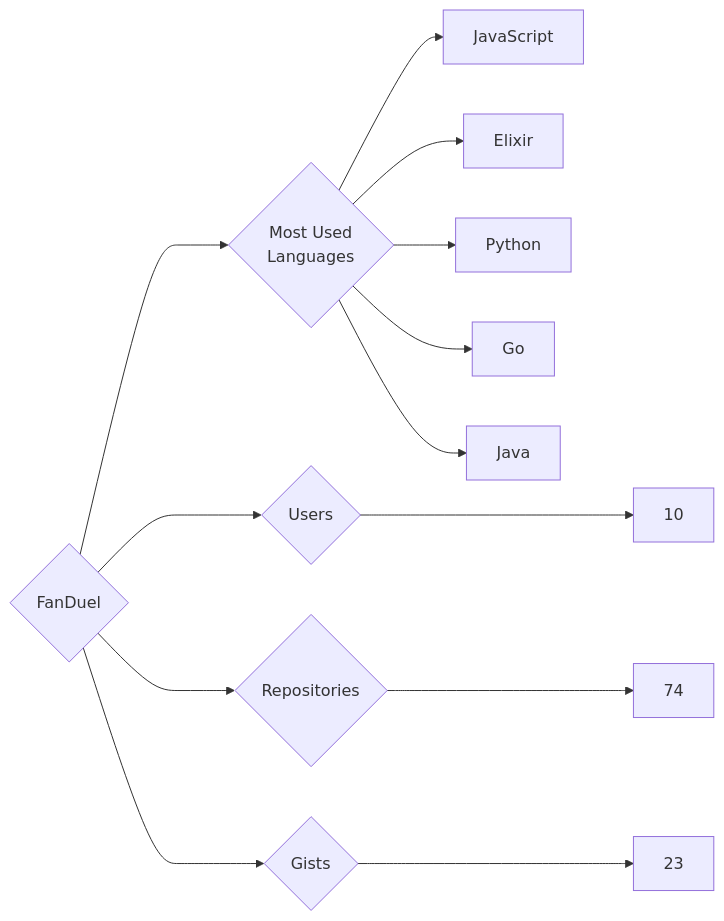
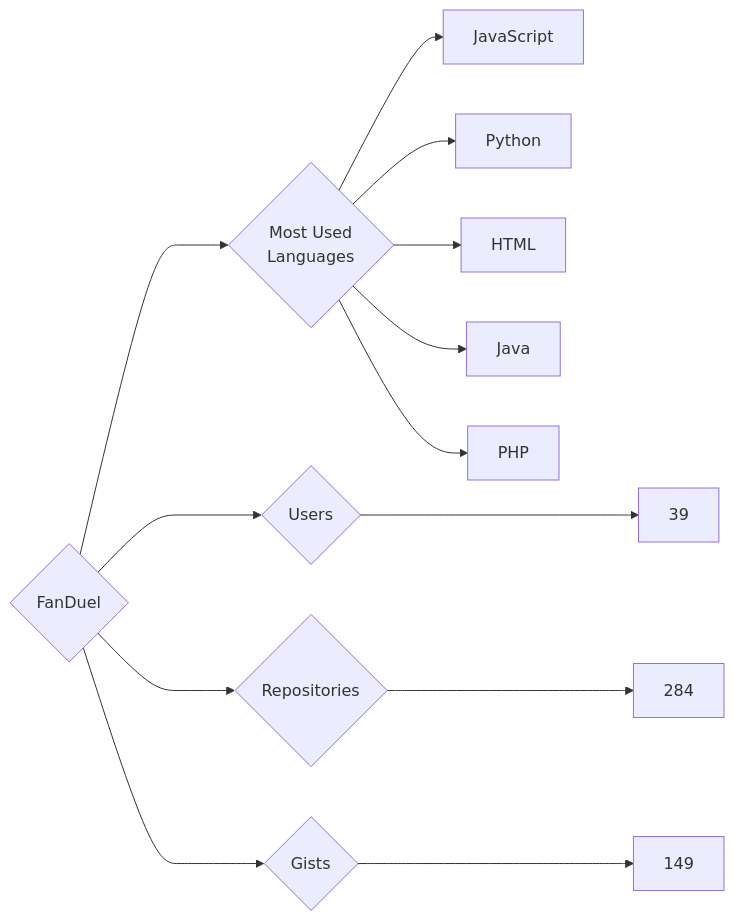
Before and after one commit to trickest/insiders: the diagram in targets/FanDuel/README.md, drawn with Mermaid. The commit also changed 873 other files, not shown here.

````diff
--- a/targets/FanDuel/README.md
+++ b/targets/FanDuel/README.md
@@ -3,13 +3,13 @@
 ```mermaid
 graph LR
 COMPANY_NAME{FanDuel}
-COMPANY_NAME ---> U{Users} ---> UN[10]
-COMPANY_NAME ---> R{Repositories} ---> RN[74]
-COMPANY_NAME ---> G{Gists} ---> GN[23]
+COMPANY_NAME ---> U{Users} ---> UN[39]
+COMPANY_NAME ---> R{Repositories} ---> RN[284]
+COMPANY_NAME ---> G{Gists} ---> GN[149]
 COMPANY_NAME ---> ML{Most Used<br>Languages}
 ML --> JavaScript[JavaScript]
-ML --> Elixir[Elixir]
 ML --> Python[Python]
-ML --> Go[Go]
+ML --> HTML[HTML]
 ML --> Java[Java]
+ML --> PHP[PHP]
 ```
````
